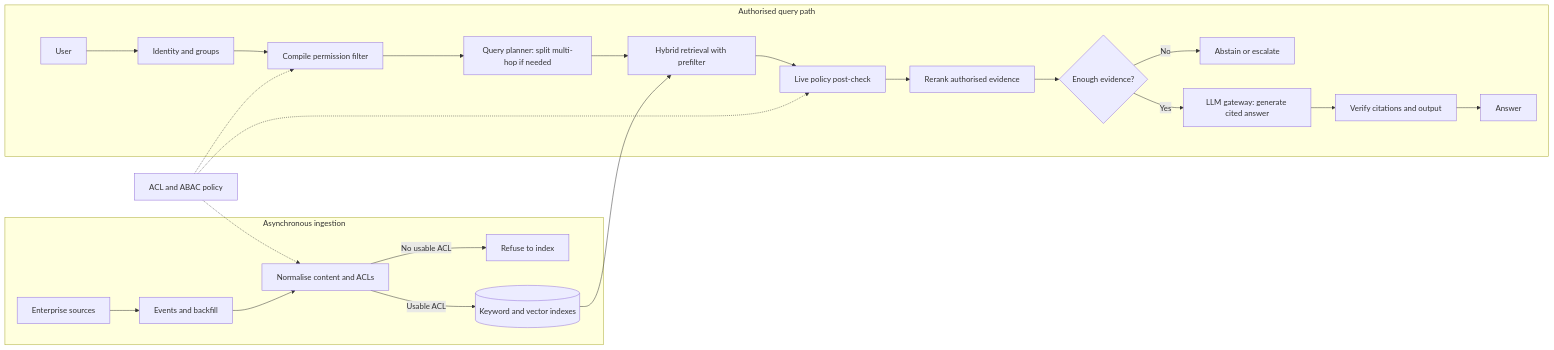
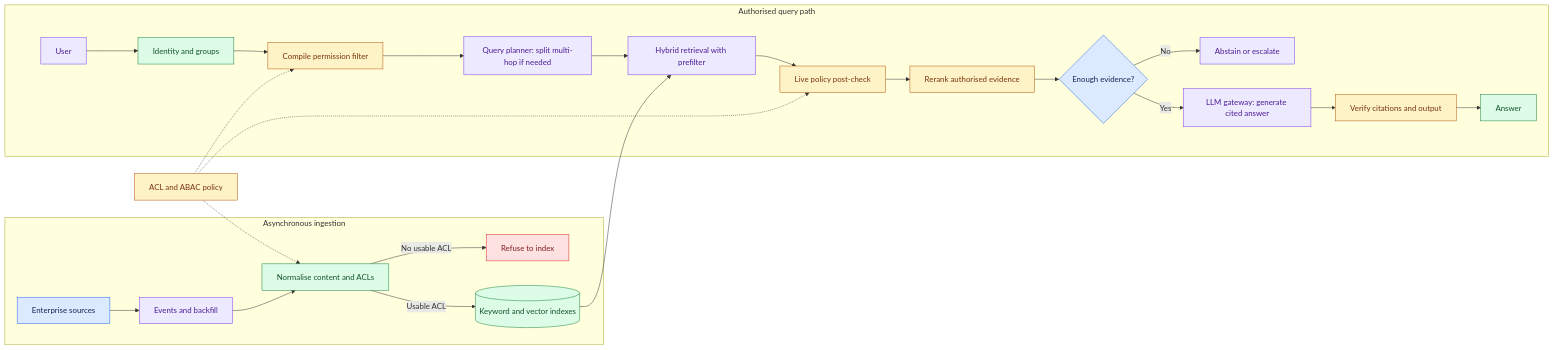
The diagram in site/content/modules/15-fde-case-studies/knowledge-retrieval/enterprise-knowledge-assistant/main.md (Sourav692/Forward-Deployed-Engineer-Interview-Prep), drawn with Mermaid before and after one commit. The commit also changed 1268 other files, not shown here.

First line of the commit message:
content: polish Casebook writing and Mermaid diagrams (#251)

````diff
--- a/site/content/modules/15-fde-case-studies/knowledge-retrieval/enterprise-knowledge-assistant/main.md
+++ b/site/content/modules/15-fde-case-studies/knowledge-retrieval/enterprise-knowledge-assistant/main.md
@@ -157,28 +157,40 @@
 ```mermaid
 flowchart LR
     subgraph ING[Asynchronous ingestion]
         SRC[Enterprise sources] --> QUEUE[Events and backfill]
         QUEUE --> NORM[Normalise content and ACLs]
         NORM -->|No usable ACL| REFUSE[Refuse to index]
         NORM -->|Usable ACL| INDEX[(Keyword and vector indexes)]
     end
 
     subgraph QRY[Authorised query path]
         USER[User] --> ID[Identity and groups]
         ID --> FILTER[Compile permission filter]
         FILTER --> PLAN[Query planner: split multi-hop if needed]
         PLAN --> RET[Hybrid retrieval with prefilter]
         RET --> CHECK[Live policy post-check]
         CHECK --> RERANK[Rerank authorised evidence]
         RERANK --> GRADE{Enough evidence?}
         GRADE -->|No| ABSTAIN[Abstain or escalate]
         GRADE -->|Yes| LLM[LLM gateway: generate cited answer]
         LLM --> VERIFY[Verify citations and output]
         VERIFY --> ANSWER[Answer]
     end
 
     INDEX --> RET
     POLICY[ACL and ABAC policy] -.-> NORM
     POLICY -.-> FILTER
     POLICY -.-> CHECK
+
+    %% Casebook colours: entry, reasoning, results, controls, and stopped paths.
+    classDef cbInput fill:#dbeafe,stroke:#2563eb,color:#172554
+    class SRC,GRADE cbInput
+    classDef cbReason fill:#ede9fe,stroke:#7c3aed,color:#4c1d95
+    class QUEUE,USER,PLAN,RET,ABSTAIN,LLM cbReason
+    classDef cbAction fill:#dcfce7,stroke:#15803d,color:#14532d
+    class NORM,INDEX,ID,ANSWER cbAction
+    classDef cbStop fill:#fee2e2,stroke:#dc2626,color:#7f1d1d
+    class REFUSE cbStop
+    classDef cbPolicy fill:#fef3c7,stroke:#b45309,color:#78350f
+    class FILTER,CHECK,RERANK,VERIFY,POLICY cbPolicy
 ```
````
